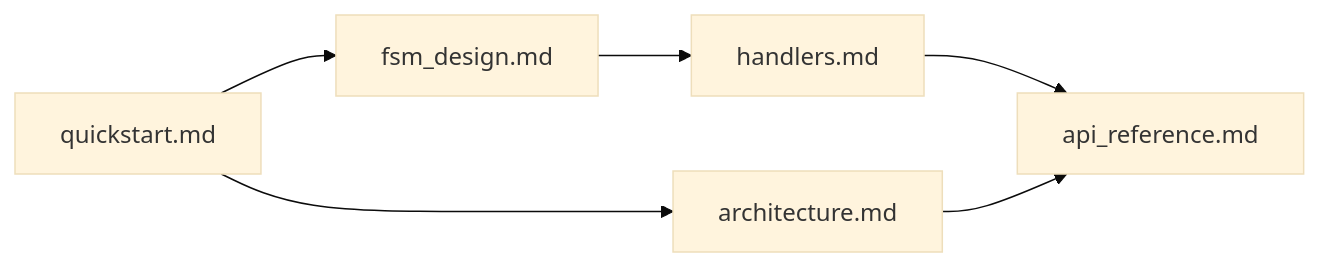
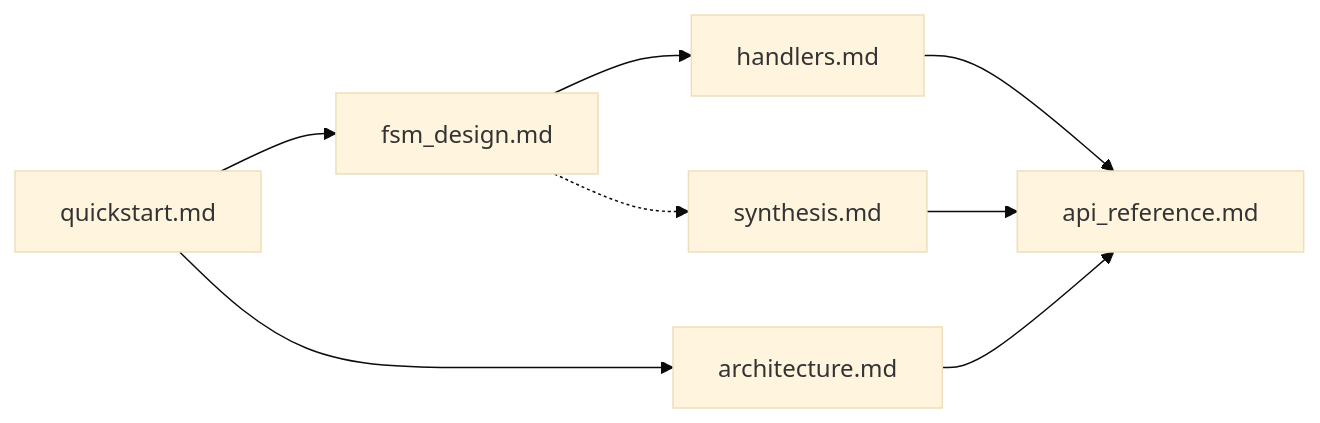
The diagram in docs/README.md (NikolasMarkou/fsm_llm), drawn with Mermaid (base theme) before and after one commit. The commit also changed other lines of this file and 10 other files, not shown here.

````diff
--- a/docs/README.md
+++ b/docs/README.md
@@ -18,7 +18,9 @@
 ```mermaid
 flowchart LR
     Q[quickstart.md] --> D[fsm_design.md] --> H[handlers.md]
     Q --> A[architecture.md]
+    D -.-> S[synthesis.md]
     H --> R[api_reference.md]
     A --> R
+    S --> R
 ```
````
